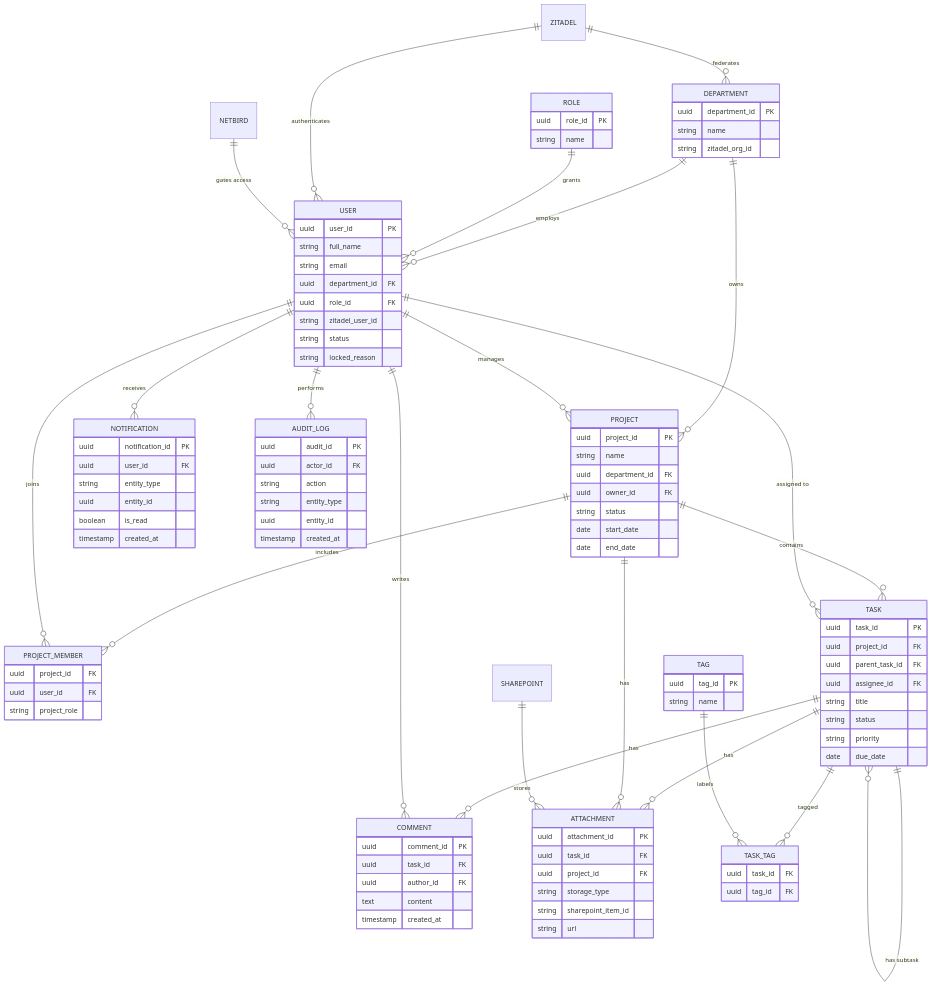
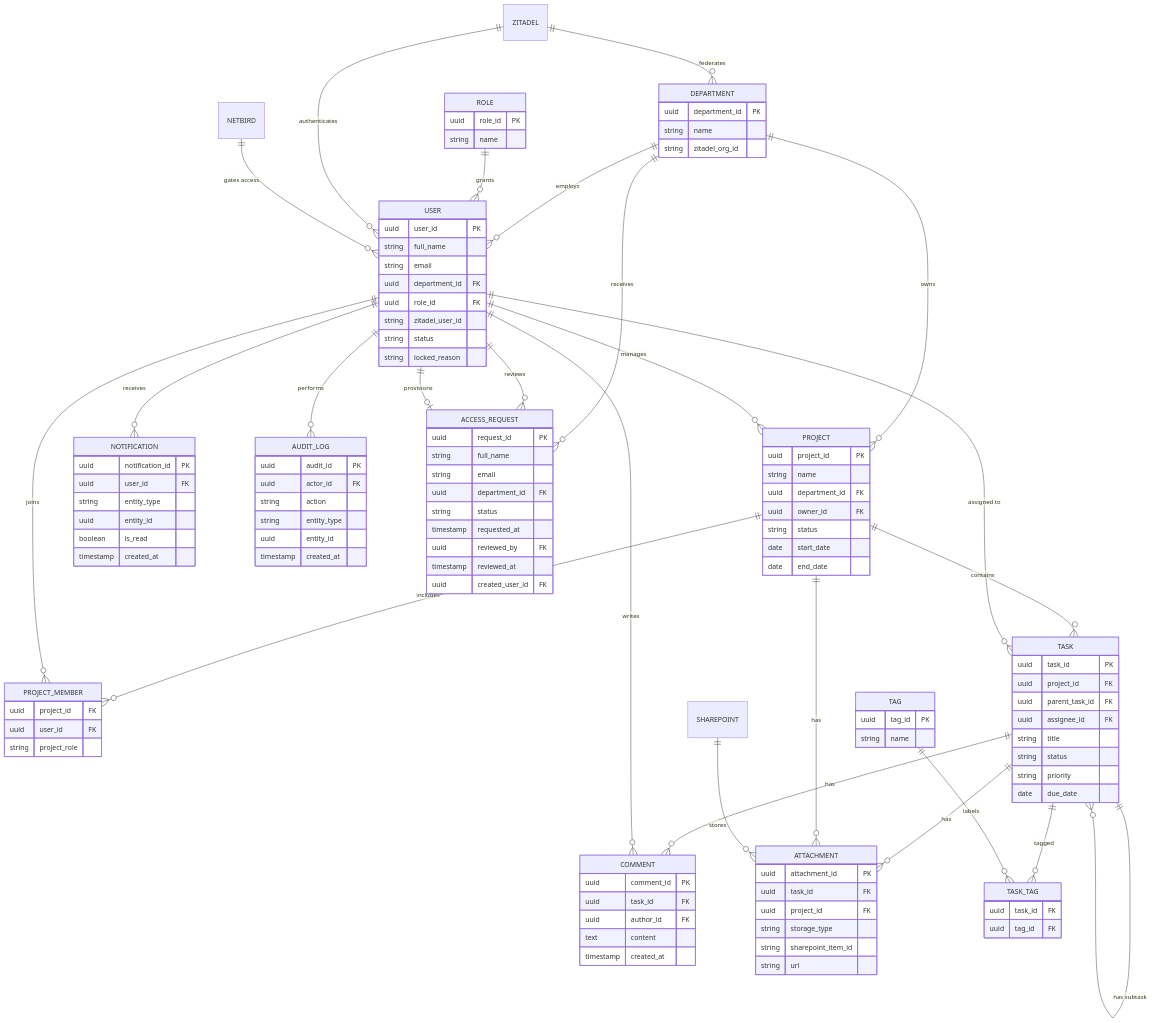
The diagram in Markdown/ERD.md (PhamHongPhuc777/IProgressor), drawn with Mermaid before and after one commit. The commit also changed other lines of this file, not shown here.

```diff
--- a/Markdown/ERD.md
+++ b/Markdown/ERD.md
@@ -27,6 +27,9 @@
     ZITADEL ||--o{ USER : authenticates
     SHAREPOINT ||--o{ ATTACHMENT : stores
     NETBIRD ||--o{ USER : "gates access"
+    DEPARTMENT ||--o{ ACCESS_REQUEST : receives
+    USER ||--o{ ACCESS_REQUEST : reviews
+    USER ||--o| ACCESS_REQUEST : provisions
 
     DEPARTMENT {
         uuid department_id PK
@@ -46,6 +49,17 @@
         string zitadel_user_id
         string status
         string locked_reason
+    }
+    ACCESS_REQUEST {
+        uuid request_id PK
+        string full_name
+        string email
+        uuid department_id FK
+        string status
+        timestamp requested_at
+        uuid reviewed_by FK
+        timestamp reviewed_at
+        uuid created_user_id FK
     }
     PROJECT {
         uuid project_id PK
```
